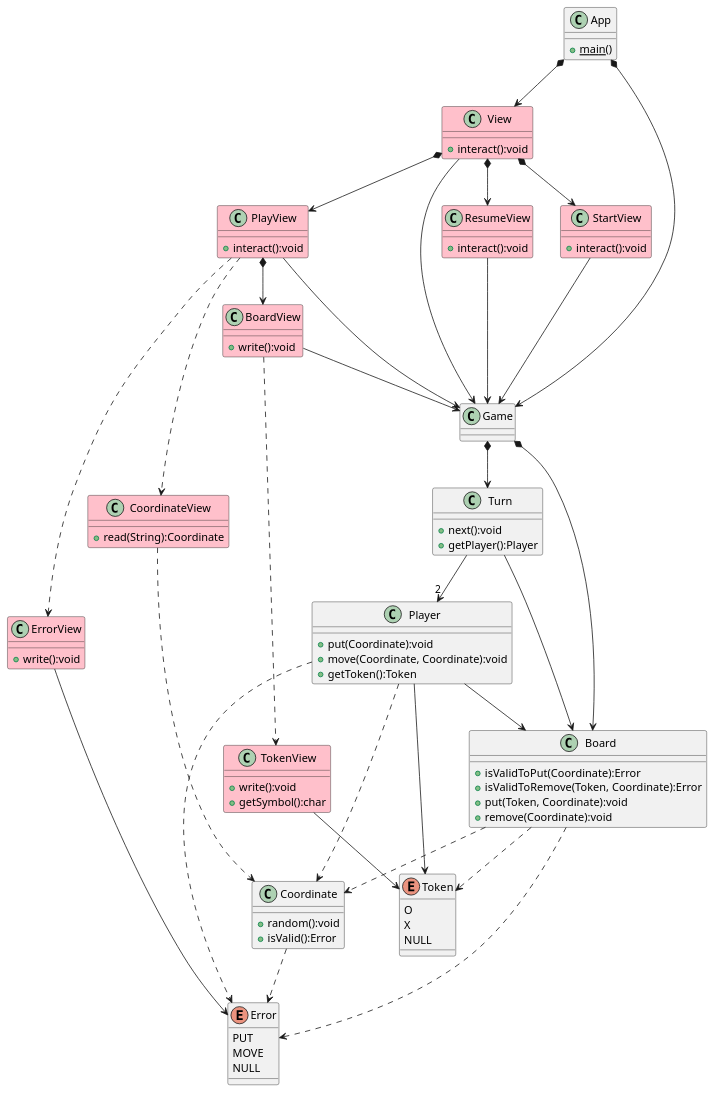
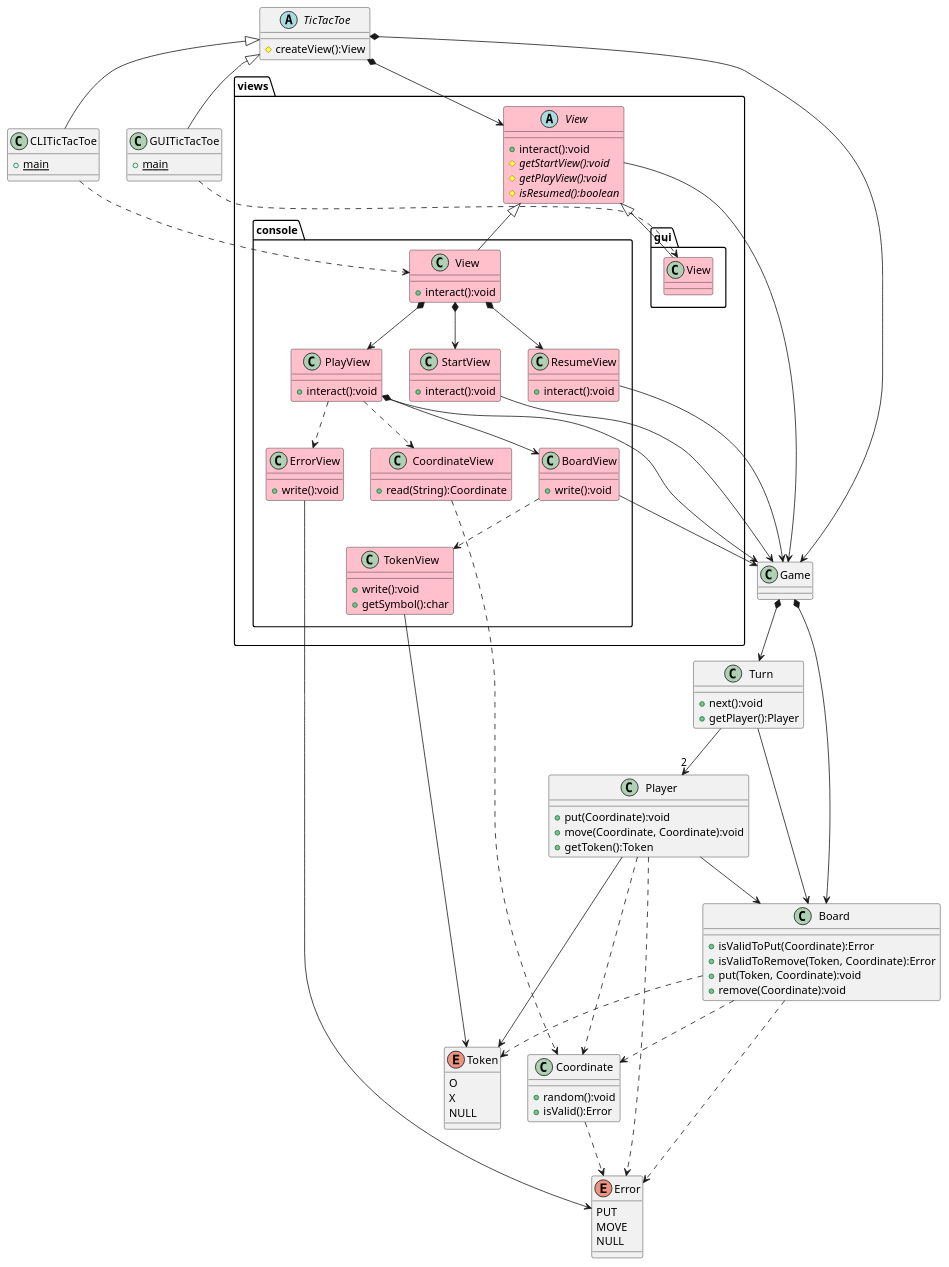
Before and after one commit to ioni5/tic-tac-toe: the diagram in docs/tictactoe.puml, drawn with PlantUML. The commit also changed 2 other files, not shown here.

```diff
--- a/docs/tictactoe.puml
+++ b/docs/tictactoe.puml
@@ -1,103 +1,131 @@
 @startuml tictactoe
+
 
 class Game {
 }
 Game *--> Board
 Game *--> Turn
 
 Turn --> "2" Player
 Turn --> Board
 class Turn {
     + next():void
     + getPlayer():Player
 }
 
 class Player {
     + put(Coordinate):void
     + move(Coordinate, Coordinate):void
     + getToken():Token
 }
 Player --> Board
 Player --> Token
 Player ..> Error
 Player ..> Coordinate
 
 class Board {
     + isValidToPut(Coordinate):Error
     + isValidToRemove(Token, Coordinate):Error
     + put(Token, Coordinate):void
     + remove(Coordinate):void
 }
 Board ..> Token
 Board ..> Error
 Board ..> Coordinate
 
 class Coordinate {
     + random():void
     + isValid():Error
 }
 Coordinate ..> Error
 
 enum Error {
     PUT
     MOVE
     NULL
 }
 
 enum Token {
     O
     X
     NULL
 }
 
-class View #pink {
+class views.console.View #pink {
     + interact():void
 }
-class StartView #pink {
+class views.console.StartView #pink {
     + interact():void
 }
-class PlayView #pink {
+class views.console.PlayView #pink {
     + interact():void
 }
-class ResumeView #pink {
+class views.console.ResumeView #pink {
     + interact():void
 }
-class BoardView #pink {
+class views.console.BoardView #pink {
     + write():void
 }
-class CoordinateView #pink {
+class views.console.CoordinateView #pink {
     + read(String):Coordinate
 }
-class ErrorView #pink {
+class views.console.ErrorView #pink {
     + write():void
 }
-class TokenView #pink {
+class views.console.TokenView #pink {
     + write():void
     + getSymbol():char
 }
-View *--> StartView
-View *--> PlayView
-View *--> ResumeView
+views.console.View *--> views.console.StartView
+views.console.View *--> views.console.PlayView
+views.console.View *--> views.console.ResumeView
 
-PlayView *--> BoardView
-PlayView ..> CoordinateView
-PlayView ..> ErrorView
-BoardView ..> TokenView
+views.console.PlayView *--> views.console.BoardView
+views.console.PlayView ..> views.console.CoordinateView
+views.console.PlayView ..> views.console.ErrorView
+views.console.BoardView ..> views.console.TokenView
 
-class App {
-    + {static}main()
+views.console.PlayView --> Game
+views.console.StartView --> Game
+views.console.ResumeView --> Game
+
+views.console.BoardView --> Game
+views.console.TokenView --> Token
+views.console.ErrorView --> Error
+
+views.console.CoordinateView ..> Coordinate
+
+views.View --> Game
+
+abstract class views.View #pink {
+    + interact():void
+    # {abstract} getStartView():void
+    # {abstract} getPlayView():void
+    # {abstract} isResumed():boolean
 }
-App *--> Game
-App *--> View
 
-View --> Game
-PlayView --> Game
-StartView --> Game
-ResumeView --> Game
+views.View <|-- views.console.View
+views.View <|-- views.gui.View
 
-BoardView --> Game
-TokenView --> Token
-ErrorView --> Error
+class views.gui.View #pink {}
 
-CoordinateView ..> Coordinate
+abstract class TicTacToe {
+    # createView():View
+}
+TicTacToe *--> Game
+TicTacToe *--> views.View
+
+TicTacToe <|-- CLITicTacToe
+TicTacToe <|-- GUITicTacToe
+
+CLITicTacToe ..> views.console.View
+GUITicTacToe ..> views.gui.View
+
+class CLITicTacToe {
+    + {static} main
+}
+
+class GUITicTacToe {
+    + {static} main
+}
 @enduml
```
